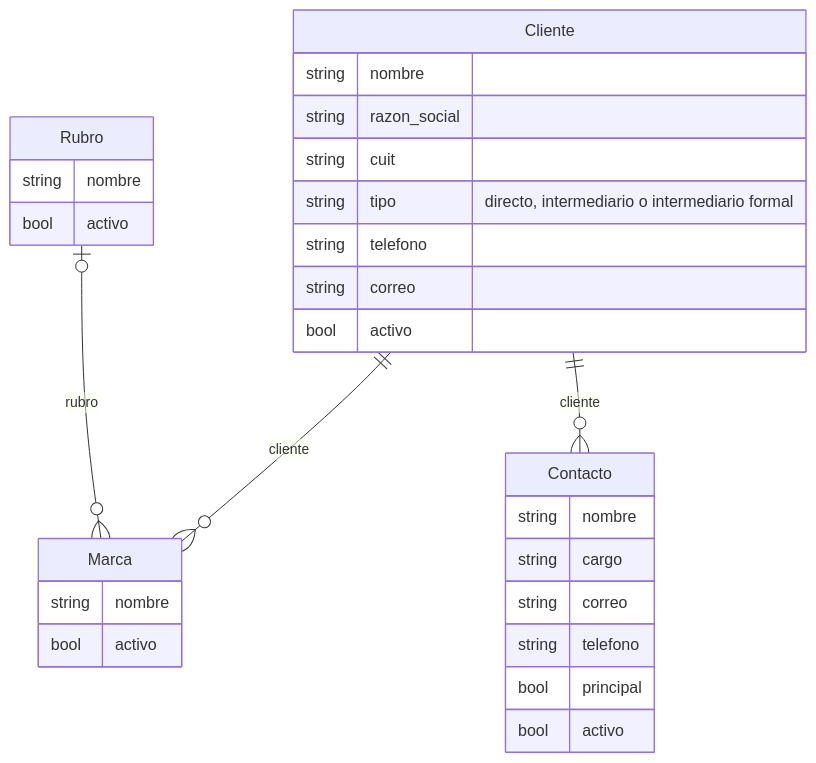
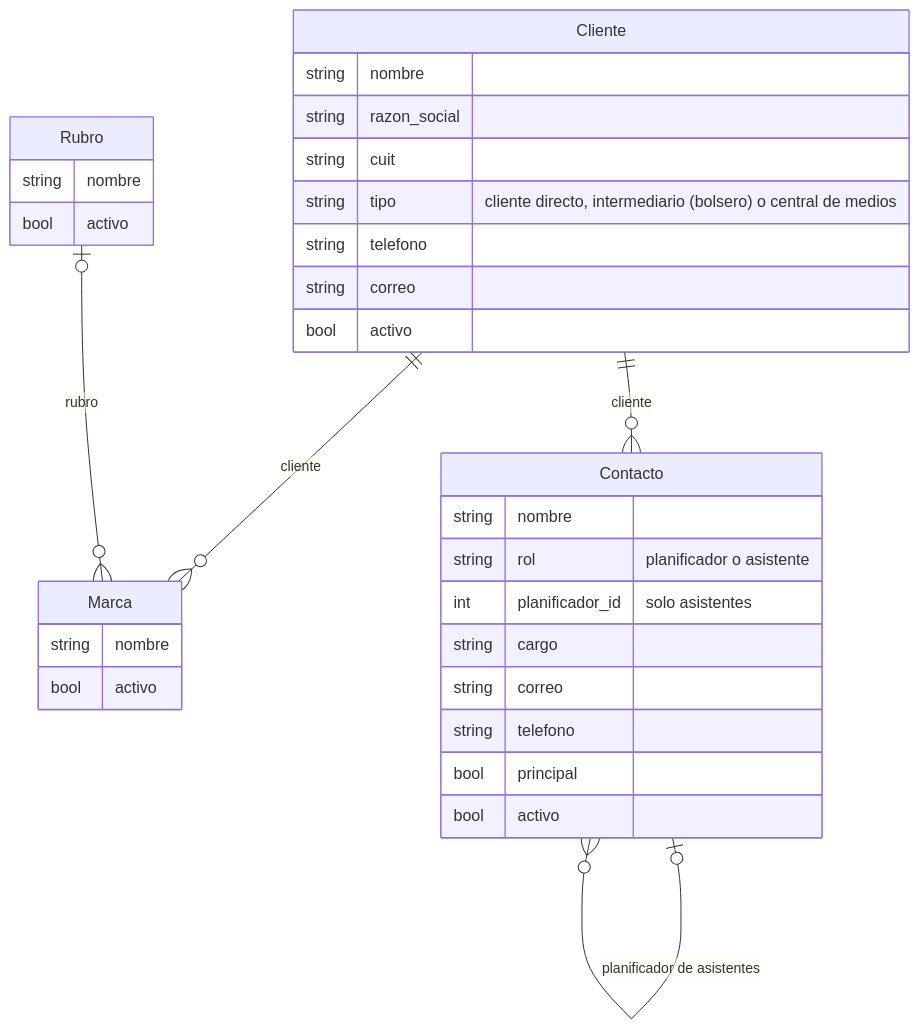
One commit to jdcaballero15/BigMedia changed the third of 10 diagrams in docs/modelo-de-datos.md. Above: the diagram before and after it, drawn with Mermaid. The commit also changed other lines of this file and 19 other files, not shown here.

````diff
--- a/docs/modelo-de-datos.md
+++ b/docs/modelo-de-datos.md
@@ -112,31 +112,34 @@
 ```mermaid
 erDiagram
     Cliente ||--o{ Marca : "cliente"
     Rubro |o--o{ Marca : "rubro"
     Cliente ||--o{ Contacto : "cliente"
+    Contacto |o--o{ Contacto : "planificador de asistentes"
     Cliente {
         string nombre
         string razon_social
         string cuit
-        string tipo "directo, intermediario o intermediario formal"
+        string tipo "cliente directo, intermediario (bolsero) o central de medios"
         string telefono
         string correo
         bool activo
     }
     Marca {
         string nombre
         bool activo
     }
     Rubro {
         string nombre
         bool activo
     }
     Contacto {
         string nombre
+        string rol "planificador o asistente"
+        int planificador_id "solo asistentes"
         string cargo
         string correo
         string telefono
         bool principal
         bool activo
     }
 ```
````
